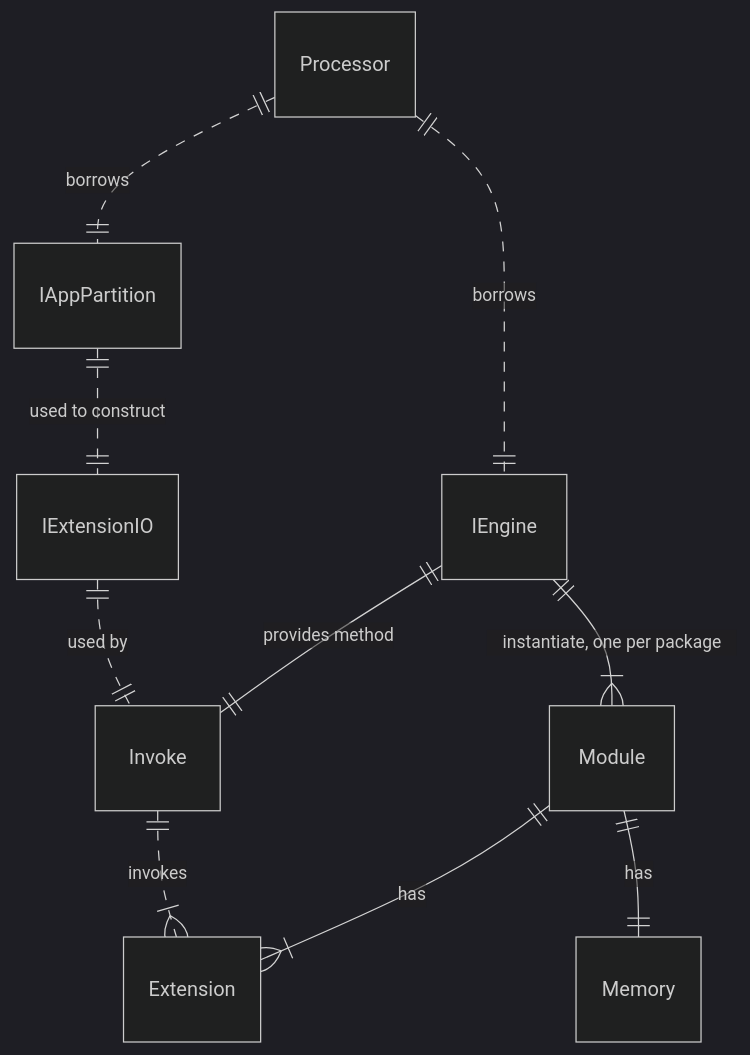
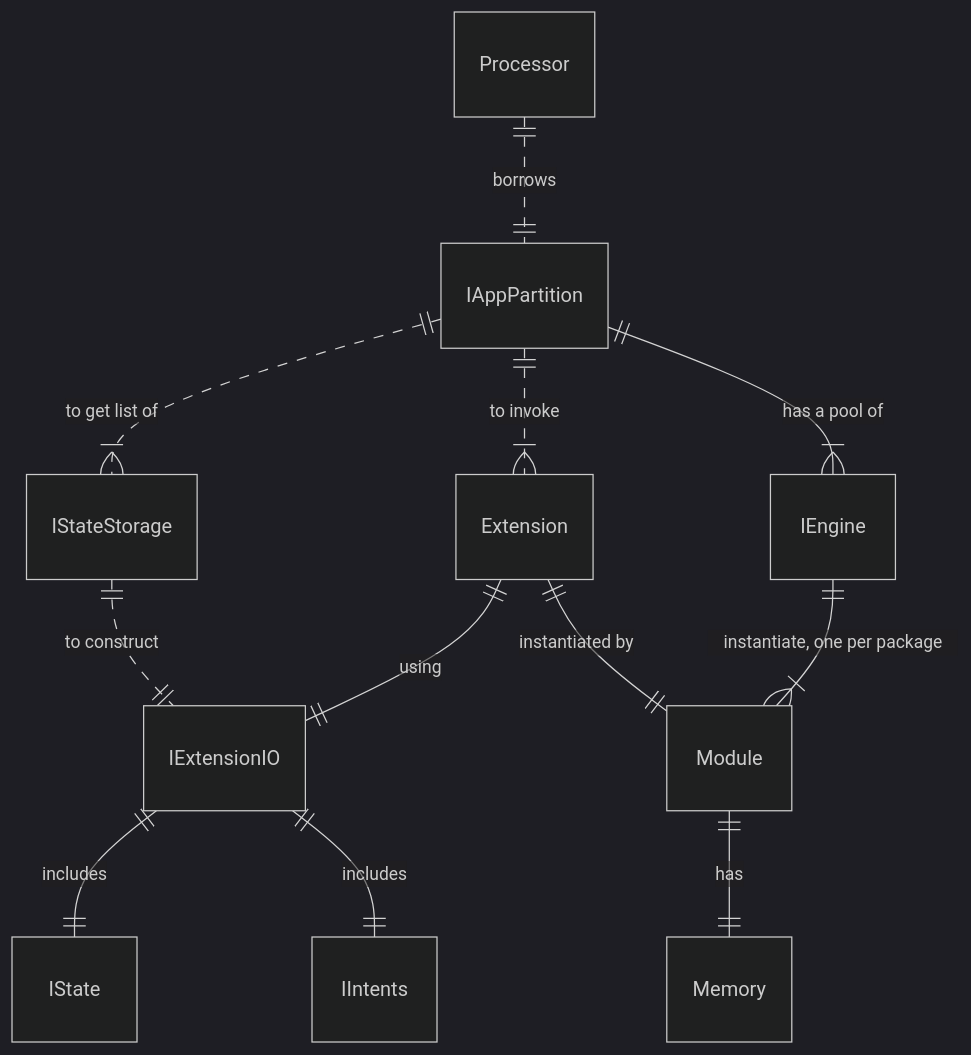
One commit to voedger/voedger changed the diagram in design/extensions/README.md. Above: the diagram before and after it, drawn with Mermaid (dark theme). The commit also changed other lines of this file, not shown here.

````diff
--- a/design/extensions/README.md
+++ b/design/extensions/README.md
@@ -2,13 +2,19 @@
 ```mermaid
 erDiagram
 Processor ||..|| IAppPartition: "borrows"
-Processor ||..|| IEngine: "borrows"
+IAppPartition ||..|{ IStateStorage: "to get list of" 
+IStateStorage ||..|| IExtensionIO: "to construct"
+
+IAppPartition ||..|{ Extension: "to invoke"
+Extension ||--|| Module: "instantiated by"
+Extension ||--|| IExtensionIO: "using"
+
+IAppPartition ||--|{ IEngine: "has a pool of"
+
 IEngine ||--|{ Module: "instantiate, one per package"
-IEngine ||--|| Invoke: "provides method"
-Module ||--|{ Extension: "has"
+
 Module ||--|| Memory: "has"
 
-IAppPartition ||..|| IExtensionIO: "used to construct"
-Invoke ||..|{ Extension: "invokes"
-IExtensionIO ||..|| Invoke: "used by"
+IExtensionIO ||--|| IState: "includes"
+IExtensionIO ||--|| IIntents: "includes"
 ```
````
